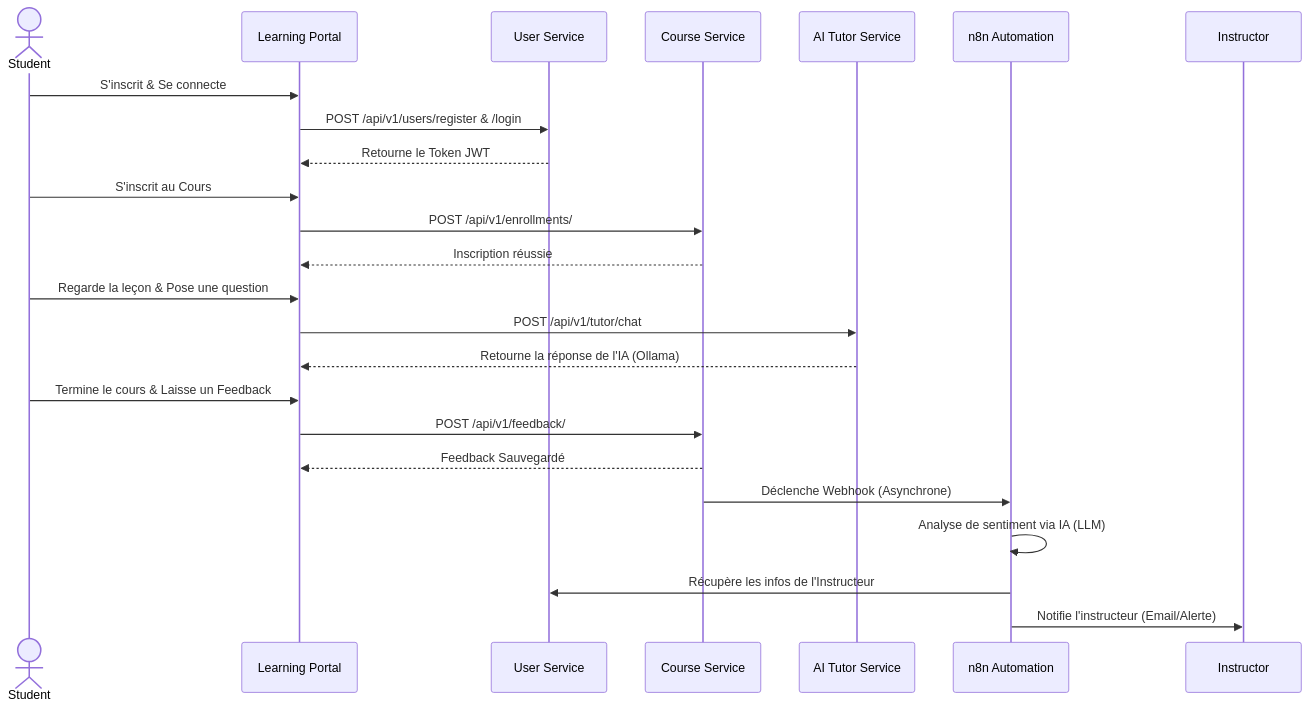
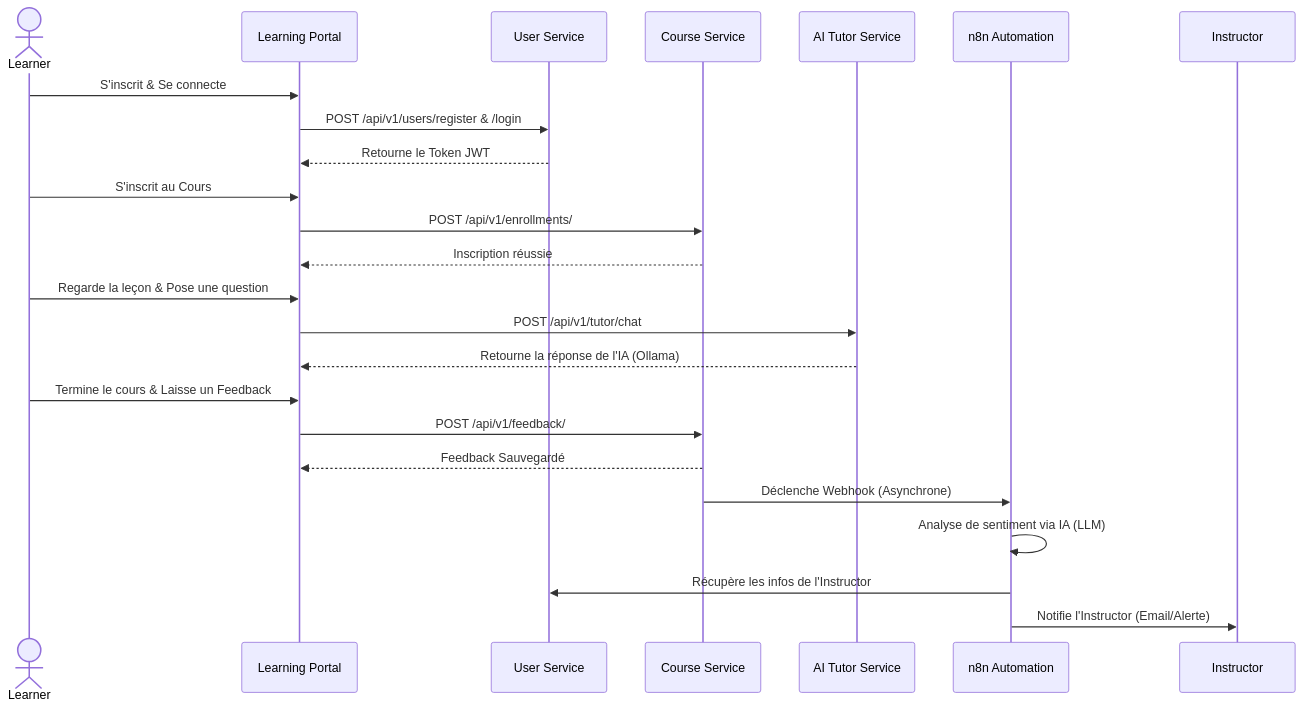
The ninth of 10 diagrams in architecture.md (Sen-Se1/elearning-microservice-platform), drawn with Mermaid before and after one commit. The commit also changed other lines of this file, not shown here.

Commit message:
docs: localize architecture terminology to English and refine Use Case diagrams

````diff
--- a/architecture.md
+++ b/architecture.md
@@ -436,30 +465,30 @@
 ```mermaid
 sequenceDiagram
-    actor Student
+    actor Learner
     participant Portal as Learning Portal
     participant UserSvc as User Service
     participant CourseSvc as Course Service
     participant AISvc as AI Tutor Service
     participant n8n as n8n Automation
     
-    Student->>Portal: S'inscrit & Se connecte
+    Learner->>Portal: S'inscrit & Se connecte
     Portal->>UserSvc: POST /api/v1/users/register & /login
     UserSvc-->>Portal: Retourne le Token JWT
     
-    Student->>Portal: S'inscrit au Cours
+    Learner->>Portal: S'inscrit au Cours
     Portal->>CourseSvc: POST /api/v1/enrollments/
     CourseSvc-->>Portal: Inscription réussie
     
-    Student->>Portal: Regarde la leçon & Pose une question
+    Learner->>Portal: Regarde la leçon & Pose une question
     Portal->>AISvc: POST /api/v1/tutor/chat
     AISvc-->>Portal: Retourne la réponse de l'IA (Ollama)
     
-    Student->>Portal: Termine le cours & Laisse un Feedback
+    Learner->>Portal: Termine le cours & Laisse un Feedback
     Portal->>CourseSvc: POST /api/v1/feedback/
     CourseSvc-->>Portal: Feedback Sauvegardé
     CourseSvc->>n8n: Déclenche Webhook (Asynchrone)
     
     n8n->>n8n: Analyse de sentiment via IA (LLM)
-    n8n->>UserSvc: Récupère les infos de l'Instructeur
-    n8n->>Instructor: Notifie l'instructeur (Email/Alerte)
+    n8n->>UserSvc: Récupère les infos de l'Instructor
+    n8n->>Instructor: Notifie l'Instructor (Email/Alerte)
 ```
````
